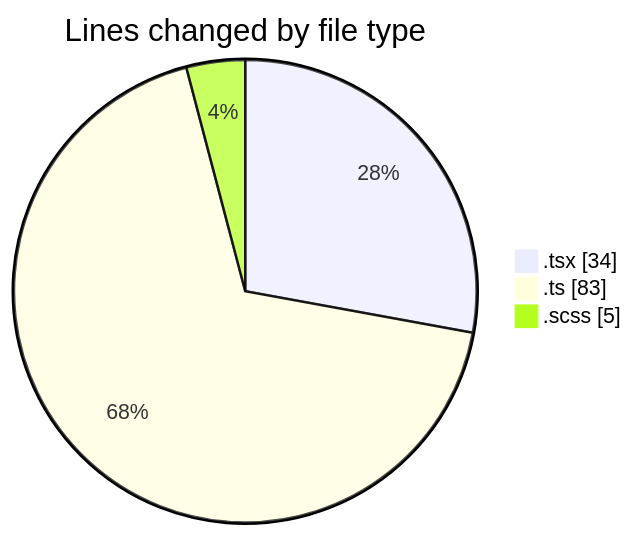
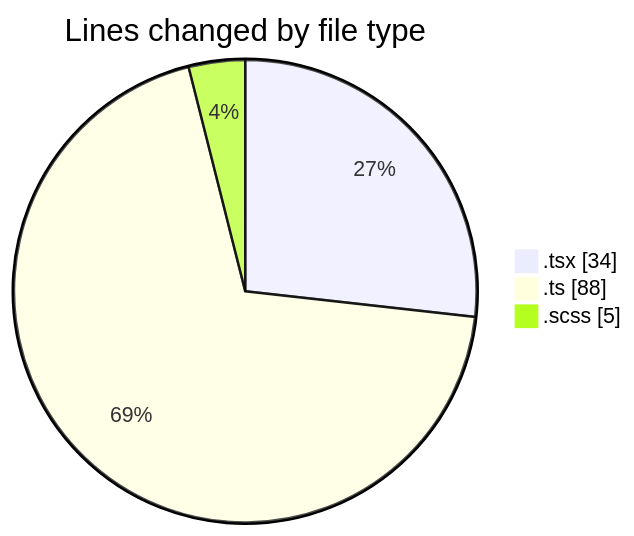
One commit to momahboobian/code-tracking changed the first of 2 diagrams in 2025-10-07/cda/README.md. Above: the diagram before and after it, drawn with Mermaid. The commit also changed other lines of this file and 1 other file, not shown here.

````diff
--- a/2025-10-07/cda/README.md
+++ b/2025-10-07/cda/README.md
@@ -24,7 +24,7 @@
 ```mermaid
 pie showData
 title Lines changed by file type
 ".tsx" : 34
-".ts" : 83
+".ts" : 88
 ".scss" : 5
 ```
````
